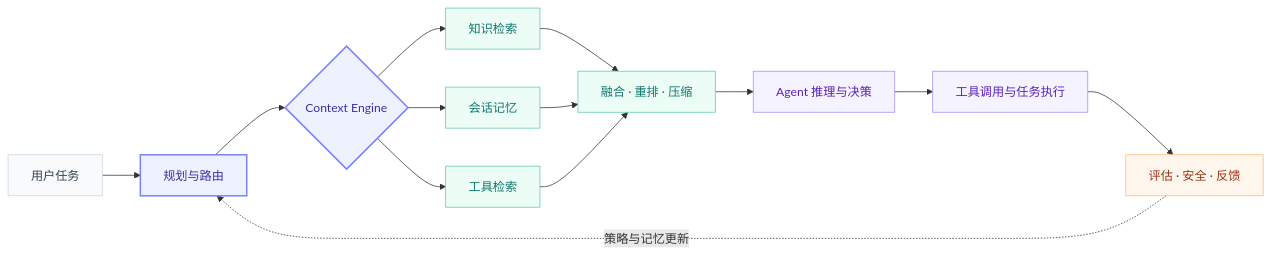
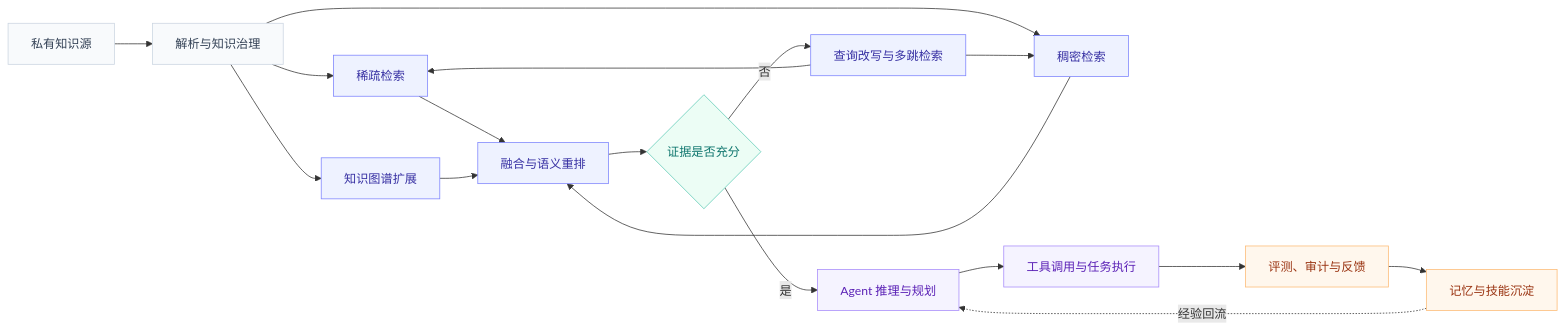
Before and after one commit to augety121/augety121: the diagram in README.md, drawn with Mermaid. The commit also changed other lines of this file and 1 other file, not shown here.

````diff
--- a/README.md
+++ b/README.md
@@ -50,27 +78,31 @@
 ```mermaid
 flowchart LR
-    A[用户任务] --> B[规划与路由]
-    B --> C{Context Engine}
-    C --> K[知识检索]
-    C --> M[会话记忆]
-    C --> T[工具检索]
-    K --> R[融合 · 重排 · 压缩]
-    M --> R
-    T --> R
-    R --> P[Agent 推理与决策]
-    P --> X[工具调用与任务执行]
-    X --> E[评估 · 安全 · 反馈]
-    E -. 策略与记忆更新 .-> B
+    A[私有知识源] --> B[解析与知识治理]
+    B --> C[稀疏检索]
+    B --> D[稠密检索]
+    B --> G[知识图谱扩展]
+    C --> R[融合与语义重排]
+    D --> R
+    G --> R
+    R --> E{证据是否充分}
+    E -- 否 --> Q[查询改写与多跳检索]
+    Q --> C
+    Q --> D
+    E -- 是 --> P[Agent 推理与规划]
+    P --> T[工具调用与任务执行]
+    T --> V[评测、审计与反馈]
+    V --> M[记忆与技能沉淀]
+    M -. 经验回流 .-> P
 
-    classDef input fill:#F8FAFC,stroke:#CBD5E1,color:#334155;
-    classDef core fill:#EEF2FF,stroke:#7C83FD,color:#3730A3,stroke-width:2px;
-    classDef context fill:#ECFDF5,stroke:#5ECAB5,color:#0F766E;
-    classDef action fill:#F5F3FF,stroke:#A78BFA,color:#5B21B6;
-    classDef feedback fill:#FFF7ED,stroke:#FDBA74,color:#9A3412;
+    classDef source fill:#F8FAFC,stroke:#CBD5E1,color:#334155;
+    classDef retrieval fill:#EEF2FF,stroke:#7C83FD,color:#3730A3;
+    classDef evidence fill:#ECFDF5,stroke:#5ECAB5,color:#0F766E;
+    classDef agent fill:#F5F3FF,stroke:#A78BFA,color:#5B21B6;
+    classDef control fill:#FFF7ED,stroke:#FDBA74,color:#9A3412;
 
-    class A input;
-    class B,C core;
-    class K,M,T,R context;
-    class P,X action;
-    class E feedback;
+    class A,B source;
+    class C,D,G,Q,R retrieval;
+    class E evidence;
+    class P,T agent;
+    class V,M control;
 ```
````
